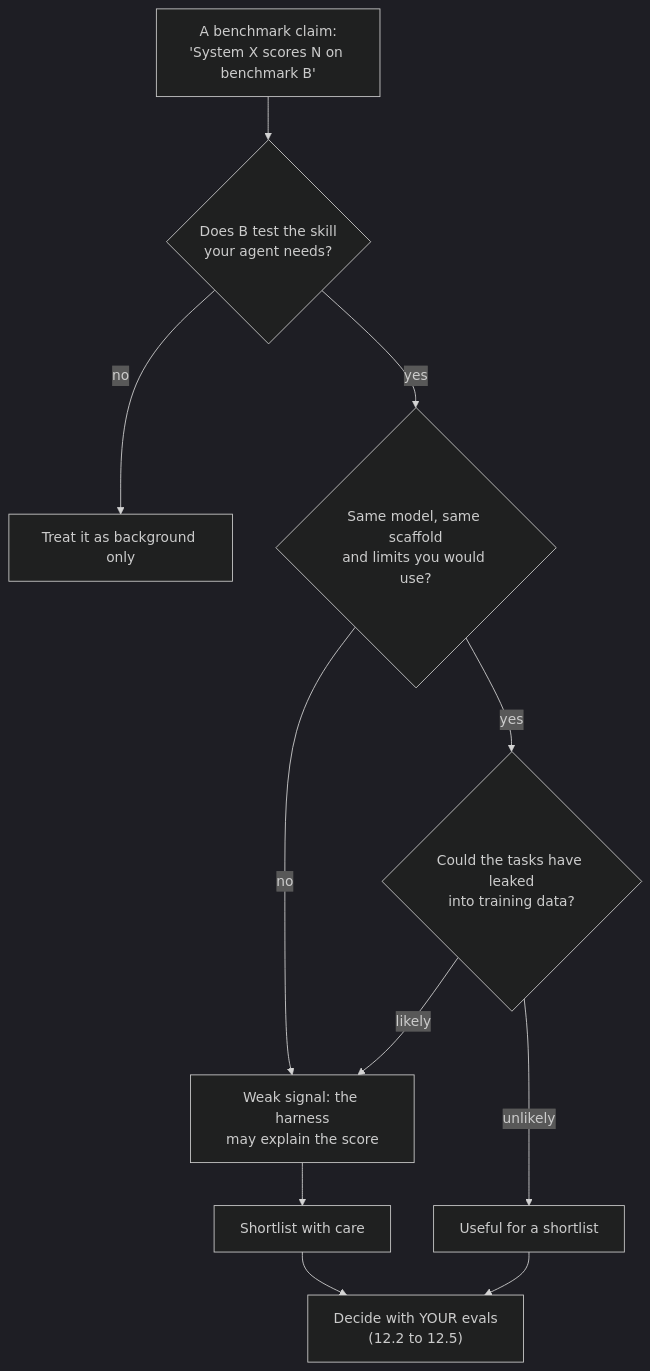
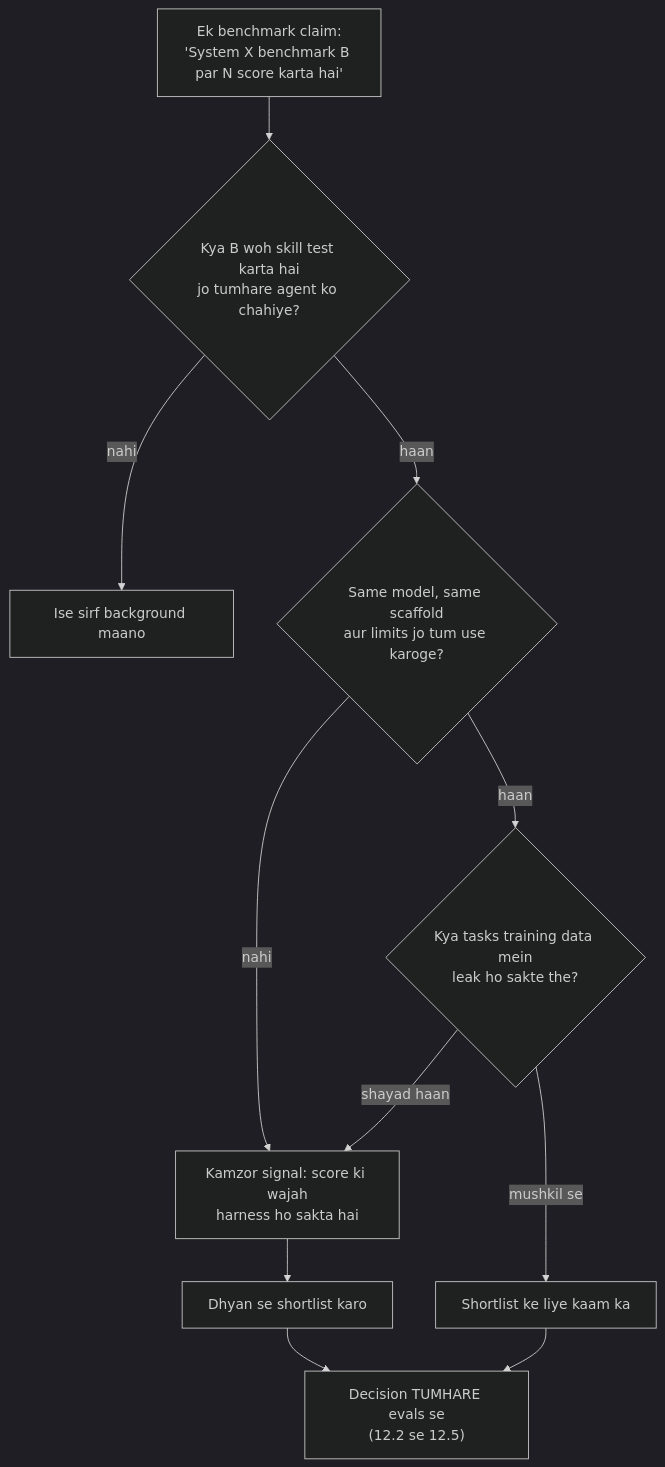
Before and after one commit to asmustechno/agentic-ai-notes: the diagram in docs/12-evaluation/12.6-public-benchmarks.md, drawn with Mermaid (dark theme). The commit also changed other lines of this file and 135 other files, not shown here.

````diff
--- a/docs/12-evaluation/12.6-public-benchmarks.md
+++ b/docs/12-evaluation/12.6-public-benchmarks.md
@@ -38,13 +38,13 @@
 ```mermaid
 flowchart TB
-    C["A benchmark claim:<br/>'System X scores N on benchmark B'"] --> Q1{"Does B test the skill<br/>your agent needs?"}
-    Q1 -->|no| U["Treat it as background only"]
-    Q1 -->|yes| Q2{"Same model, same scaffold<br/>and limits you would use?"}
-    Q2 -->|no| W["Weak signal: the harness<br/>may explain the score"]
-    Q2 -->|yes| Q3{"Could the tasks have leaked<br/>into training data?"}
-    Q3 -->|likely| W
-    Q3 -->|unlikely| S["Useful for a shortlist"]
-    W --> S2["Shortlist with care"]
-    S --> O["Decide with YOUR evals<br/>(12.2 to 12.5)"]
+    C["Ek benchmark claim:<br/>'System X benchmark B par N score karta hai'"] --> Q1{"Kya B woh skill test karta hai<br/>jo tumhare agent ko chahiye?"}
+    Q1 -->|nahi| U["Ise sirf background maano"]
+    Q1 -->|haan| Q2{"Same model, same scaffold<br/>aur limits jo tum use karoge?"}
+    Q2 -->|nahi| W["Kamzor signal: score ki wajah<br/>harness ho sakta hai"]
+    Q2 -->|haan| Q3{"Kya tasks training data mein<br/>leak ho sakte the?"}
+    Q3 -->|shayad haan| W
+    Q3 -->|mushkil se| S["Shortlist ke liye kaam ka"]
+    W --> S2["Dhyan se shortlist karo"]
+    S --> O["Decision TUMHARE evals se<br/>(12.2 se 12.5)"]
     S2 --> O
 ```
````
